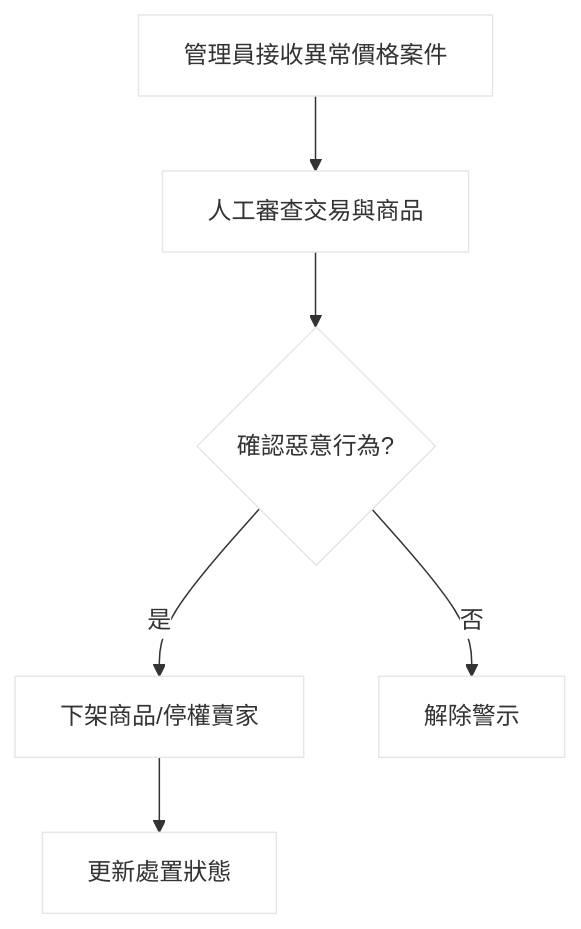
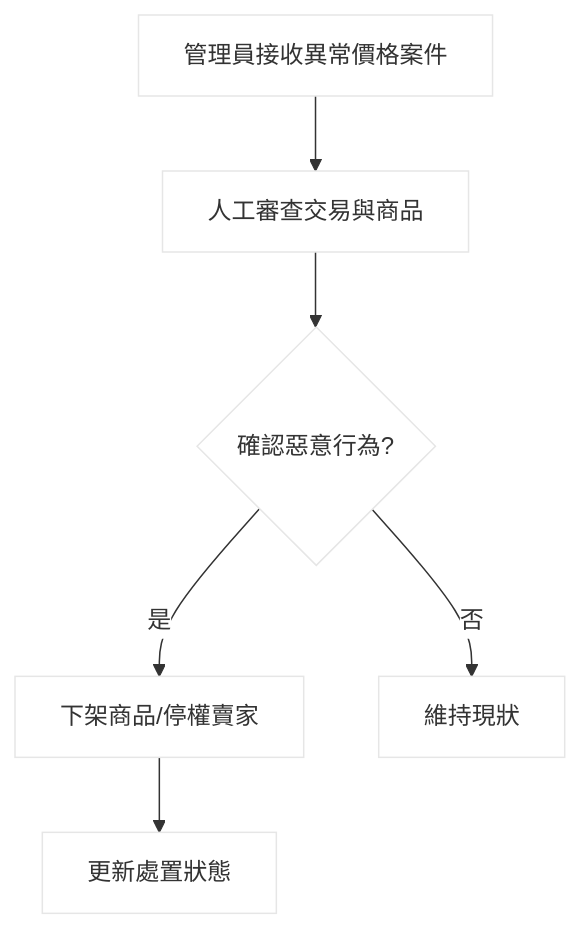
Before and after one commit to Bearrr-116/B11356021: the tenth of 11 diagrams in 0427(改3).md, drawn with Mermaid.

````diff
--- a/0427(改3).md
+++ b/0427(改3).md
@@ -406,9 +406,9 @@
 ```mermaid
 %%{init: {"theme":"base","themeVariables":{"primaryColor":"#ffffff","secondaryColor":"#ffffff","tertiaryColor":"#ffffff","mainBkg":"#ffffff","lineColor":"#333333","textColor":"#111111"}}}%%
 flowchart TD
     A[管理員接收異常價格案件] --> B[人工審查交易與商品]
     B --> C{確認惡意行為?}
     C -- 是 --> D[下架商品/停權賣家]
     D --> E[更新處置狀態]
-    C -- 否 --> F[解除警示]
+    C -- 否 --> F[維持現狀]
 ```
````
